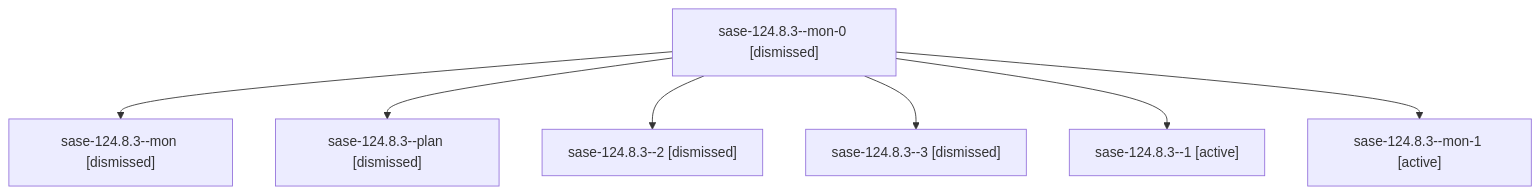
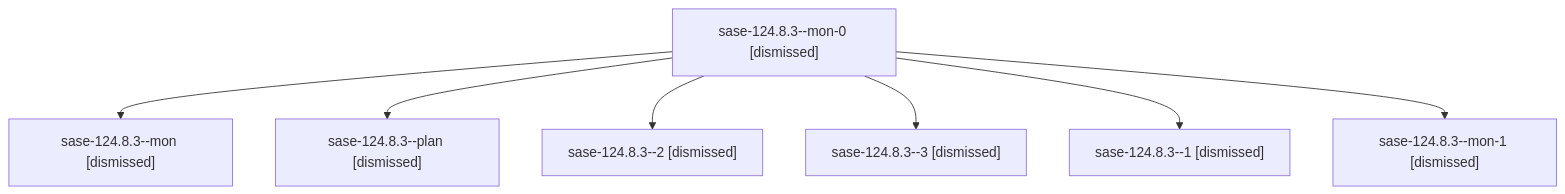
The diagram in sessions/bbugyi200.athena.sase-124.8.3.md (sase-org/sase--agents), drawn with Mermaid before and after one commit. The commit also changed other lines of this file and 198 other files, not shown here.

````diff
--- a/sessions/bbugyi200.athena.sase-124.8.3.md
+++ b/sessions/bbugyi200.athena.sase-124.8.3.md
@@ -9,16 +9,16 @@
 ```mermaid
 flowchart TD
   n0["sase-124.8.3--mon-0 [dismissed]"]
   n1["sase-124.8.3--mon [dismissed]"]
   n0 --> n1
   n2["sase-124.8.3--plan [dismissed]"]
   n0 --> n2
   n3["sase-124.8.3--2 [dismissed]"]
   n0 --> n3
   n4["sase-124.8.3--3 [dismissed]"]
   n0 --> n4
-  n5["sase-124.8.3--1 [active]"]
+  n5["sase-124.8.3--1 [dismissed]"]
   n0 --> n5
-  n6["sase-124.8.3--mon-1 [active]"]
+  n6["sase-124.8.3--mon-1 [dismissed]"]
   n0 --> n6
 ```
````
